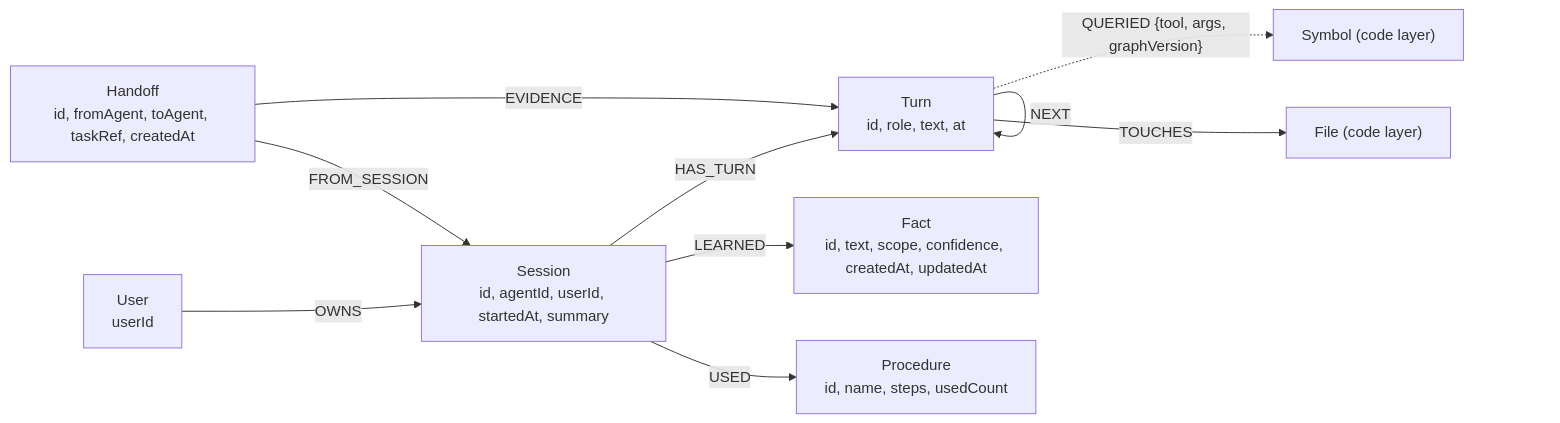
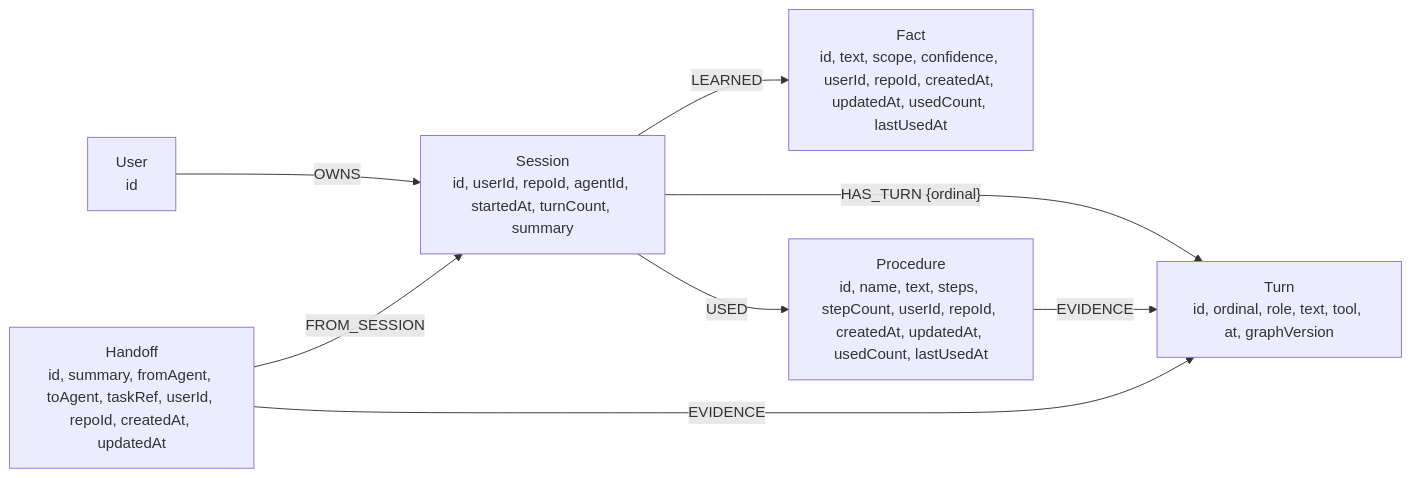
The second of 3 diagrams in docs/graph-model.md (ibold-dev/nexus-mcp), drawn with Mermaid before and after one commit. The commit also changed other lines of this file and 3 other files, not shown here.

````diff
--- a/docs/graph-model.md
+++ b/docs/graph-model.md
@@ -28,19 +41,17 @@
 ```mermaid
 flowchart LR
-    U["User<br/>userId"]
-    SE["Session<br/>id, agentId, userId, startedAt, summary"]
-    T["Turn<br/>id, role, text, at"]
-    FA["Fact<br/>id, text, scope, confidence, createdAt, updatedAt"]
-    P["Procedure<br/>id, name, steps, usedCount"]
-    H["Handoff<br/>id, fromAgent, toAgent, taskRef, createdAt"]
+    U["User<br/>id"]
+    SE["Session<br/>id, userId, repoId, agentId, startedAt, turnCount, summary"]
+    T["Turn<br/>id, ordinal, role, text, tool, at, graphVersion"]
+    FA["Fact<br/>id, text, scope, confidence, userId, repoId, createdAt, updatedAt, usedCount, lastUsedAt"]
+    P["Procedure<br/>id, name, text, steps, stepCount, userId, repoId, createdAt, updatedAt, usedCount, lastUsedAt"]
+    H["Handoff<br/>id, summary, fromAgent, toAgent, taskRef, userId, repoId, createdAt, updatedAt"]
 
     U -- "OWNS" --> SE
-    SE -- "HAS_TURN" --> T
-    T -- "NEXT" --> T
-    T -. "QUERIED {tool, args, graphVersion}" .-> S2["Symbol (code layer)"]
-    T -- "TOUCHES" --> F2["File (code layer)"]
+    SE -- "HAS_TURN {ordinal}" --> T
     SE -- "LEARNED" --> FA
     SE -- "USED" --> P
+    P -- "EVIDENCE" --> T
     H -- "FROM_SESSION" --> SE
     H -- "EVIDENCE" --> T
 ```
````
